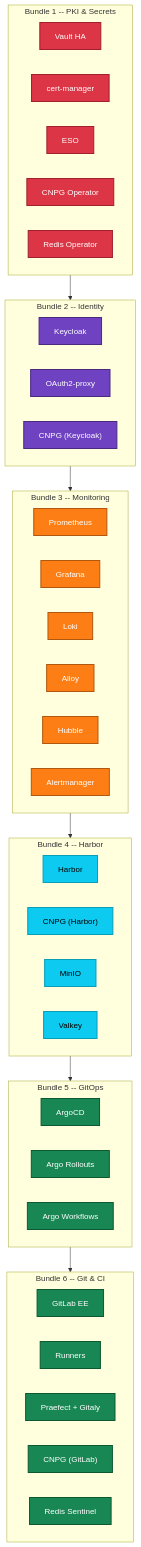
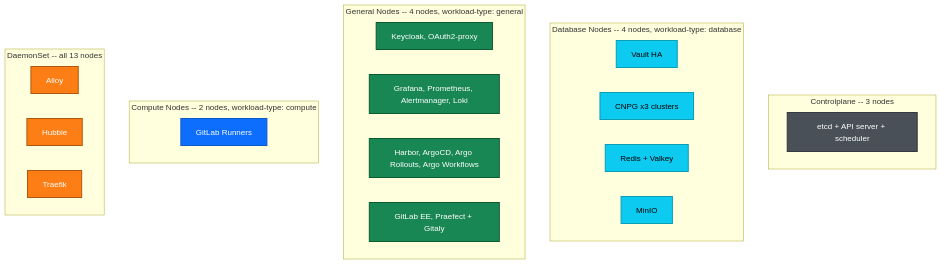
Before and after one commit to derhornspieler/harvester-rke2-svcs: the eighth of 9 diagrams in docs/architecture/landscape.md, drawn with Mermaid. The commit also changed other lines of this file, not shown here.

First line of the commit message:
docs: rewrite landscape diagram for human readability

````diff
--- a/docs/architecture/landscape.md
+++ b/docs/architecture/landscape.md
@@ -192,67 +296,47 @@
 ```mermaid
 graph TB
-    subgraph B1["Bundle 1 -- PKI &amp; Secrets"]
+    subgraph cp["Controlplane -- 3 nodes"]
         direction LR
-        b1_vault["Vault HA"]
-        b1_cm["cert-manager"]
-        b1_eso["ESO"]
-        b1_cnpg_op["CNPG Operator"]
-        b1_redis_op["Redis Operator"]
+        cp1["etcd + API server + scheduler"]
     end
 
-    subgraph B2["Bundle 2 -- Identity"]
+    subgraph db["Database Nodes -- 4 nodes, workload-type: database"]
         direction LR
-        b2_kc["Keycloak"]
-        b2_oauth["OAuth2-proxy"]
-        b2_cnpg["CNPG (Keycloak)"]
+        db1["Vault HA"]
+        db2["CNPG x3 clusters"]
+        db3["Redis + Valkey"]
+        db4["MinIO"]
     end
 
-    subgraph B3["Bundle 3 -- Monitoring"]
+    subgraph gen["General Nodes -- 4 nodes, workload-type: general"]
         direction LR
-        b3_prom["Prometheus"]
-        b3_graf["Grafana"]
-        b3_loki["Loki"]
-        b3_alloy["Alloy"]
-        b3_hub["Hubble"]
-        b3_am["Alertmanager"]
+        gen1["Keycloak, OAuth2-proxy"]
+        gen2["Grafana, Prometheus, Alertmanager, Loki"]
+        gen3["Harbor, ArgoCD, Argo Rollouts, Argo Workflows"]
+        gen4["GitLab EE, Praefect + Gitaly"]
     end
 
-    subgraph B4["Bundle 4 -- Harbor"]
+    subgraph comp["Compute Nodes -- 2 nodes, workload-type: compute"]
         direction LR
-        b4_harbor["Harbor"]
-        b4_cnpg["CNPG (Harbor)"]
-        b4_minio["MinIO"]
-        b4_valkey["Valkey"]
+        comp1["GitLab Runners"]
     end
 
-    subgraph B5["Bundle 5 -- GitOps"]
+    subgraph daemon["DaemonSet -- all 13 nodes"]
         direction LR
-        b5_argo["ArgoCD"]
-        b5_ro["Argo Rollouts"]
-        b5_wf["Argo Workflows"]
+        d1["Alloy"]
+        d2["Hubble"]
+        d3["Traefik"]
     end
 
-    subgraph B6["Bundle 6 -- Git &amp; CI"]
-        direction LR
-        b6_gl["GitLab EE"]
-        b6_run["Runners"]
-        b6_prae["Praefect + Gitaly"]
-        b6_cnpg["CNPG (GitLab)"]
-        b6_redis["Redis Sentinel"]
-    end
+    classDef cpn fill:#495057,color:#fff,stroke:#343a40,stroke-width:2px
+    classDef dbn fill:#0dcaf0,color:#000,stroke:#0a9db5,stroke-width:2px
+    classDef genn fill:#198754,color:#fff,stroke:#0d5a32,stroke-width:2px
+    classDef compn fill:#0d6efd,color:#fff,stroke:#0a58ca,stroke-width:2px
+    classDef dmn fill:#fd7e14,color:#fff,stroke:#b15810,stroke-width:2px
 
-    B1 --> B2 --> B3 --> B4 --> B5 --> B6
-
-    classDef pki fill:#dc3545,color:#fff,stroke:#a02030,stroke-width:2px
-    classDef identity fill:#6f42c1,color:#fff,stroke:#4a2a7f,stroke-width:2px
-    classDef obs fill:#fd7e14,color:#fff,stroke:#b15810,stroke-width:2px
-    classDef cicd fill:#198754,color:#fff,stroke:#0d5a32,stroke-width:2px
-    classDef data fill:#0dcaf0,color:#000,stroke:#0a9db5,stroke-width:2px
-
-    class b1_vault,b1_cm,b1_eso,b1_cnpg_op,b1_redis_op pki
-    class b2_kc,b2_oauth,b2_cnpg identity
-    class b3_prom,b3_graf,b3_loki,b3_alloy,b3_hub,b3_am obs
-    class b4_harbor,b4_cnpg,b4_minio,b4_valkey data
-    class b5_argo,b5_ro,b5_wf cicd
-    class b6_gl,b6_run,b6_prae,b6_cnpg,b6_redis cicd
+    class cp1 cpn
+    class db1,db2,db3,db4 dbn
+    class gen1,gen2,gen3,gen4 genn
+    class comp1 compn
+    class d1,d2,d3 dmn
 ```
````
